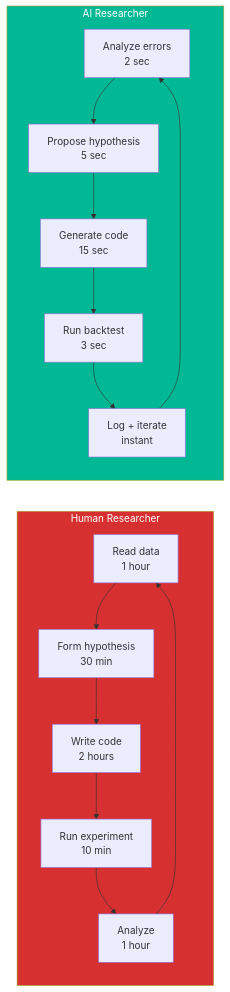
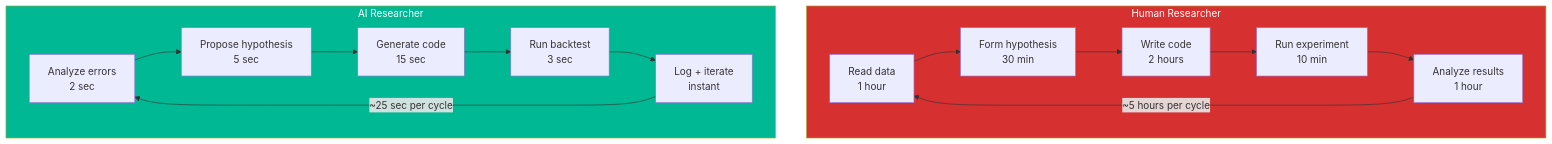
Before and after one commit to dagthomas/Synthetic_Synapses_NMIAI: the sixth of 11 diagrams in dagthomas/astar-island-solution/AUTO_RESEARCH.md, drawn with Mermaid. The commit also changed other lines of this file and 2 other files, not shown here.

````diff
--- a/dagthomas/astar-island-solution/AUTO_RESEARCH.md
+++ b/dagthomas/astar-island-solution/AUTO_RESEARCH.md
@@ -192,21 +185,21 @@
 ```mermaid
-graph LR
+flowchart TB
     subgraph Human["Human Researcher"]
         H1[Read data<br/>1 hour] --> H2[Form hypothesis<br/>30 min]
         H2 --> H3[Write code<br/>2 hours]
         H3 --> H4[Run experiment<br/>10 min]
-        H4 --> H5[Analyze<br/>1 hour]
-        H5 --> H1
+        H4 --> H5[Analyze results<br/>1 hour]
+        H5 -->|~5 hours per cycle| H1
     end
 
     subgraph AI["AI Researcher"]
         A1[Analyze errors<br/>2 sec] --> A2[Propose hypothesis<br/>5 sec]
         A2 --> A3[Generate code<br/>15 sec]
         A3 --> A4[Run backtest<br/>3 sec]
         A4 --> A5[Log + iterate<br/>instant]
-        A5 --> A1
+        A5 -->|~25 sec per cycle| A1
     end
 
     style Human fill:#d63031,color:#fff
     style AI fill:#00b894,color:#fff
 ```
````
